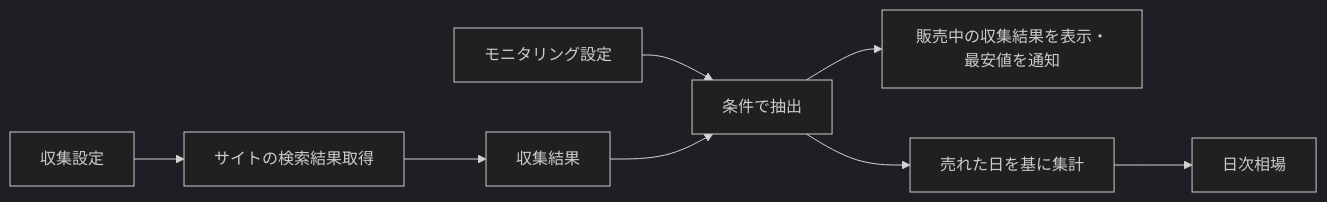
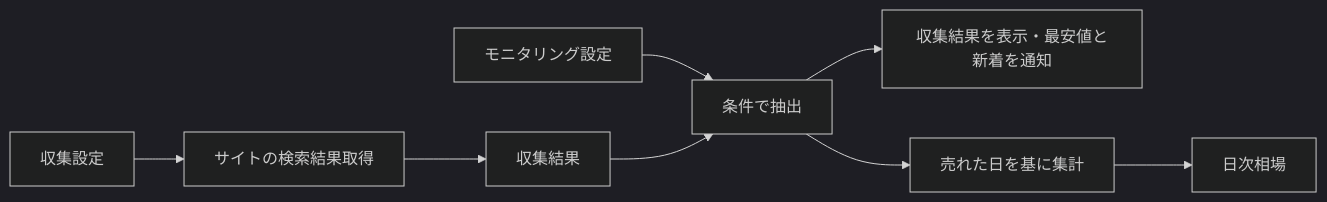
Before and after one commit to kuroweb/price-monitoring: the second of 3 diagrams in docs/features/product-monitoring/index.md, drawn with Mermaid (dark theme). The commit also changed other lines of this file and 3 other files, not shown here.

````diff
--- a/docs/features/product-monitoring/index.md
+++ b/docs/features/product-monitoring/index.md
@@ -33,8 +33,8 @@
 ```mermaid
 flowchart LR
     crawl["収集設定"] --> fetch["サイトの検索結果取得"] --> result["収集結果"]
     watch["モニタリング設定"] --> filter["条件で抽出"]
     result --> filter
-    filter --> display["販売中の収集結果を表示・最安値を通知"]
+    filter --> display["収集結果を表示・最安値と新着を通知"]
     filter --> aggregate["売れた日を基に集計"] --> daily["日次相場"]
 ```
````
